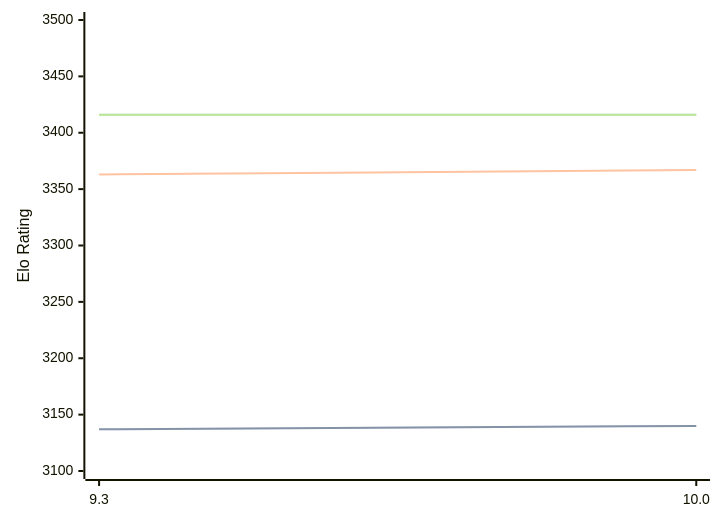
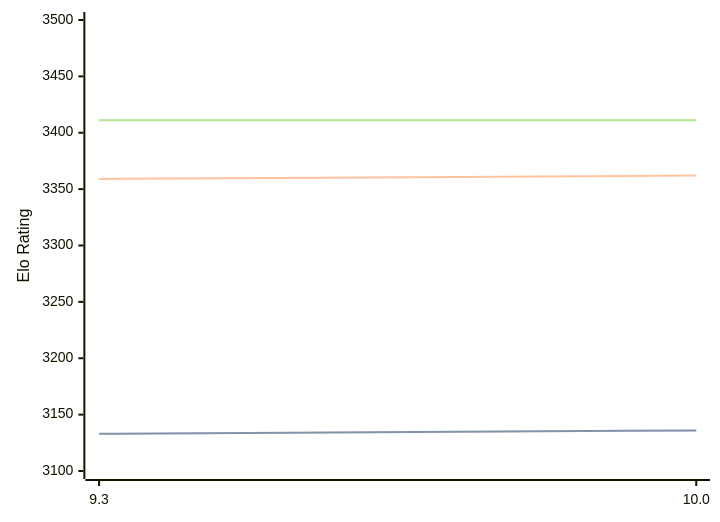
One commit to computer-chess-index/cci changed the first of 3 diagrams in engines/Fire.md. Above: the diagram before and after it, drawn with Mermaid. The commit also changed other lines of this file, not shown here.

Commit message:
Update CCI Ratings (ELO VLTC) - 2026-07-16

````diff
--- a/engines/Fire.md
+++ b/engines/Fire.md
@@ -47,11 +47,11 @@
 ```mermaid
 %%{init: {"theme":"base","themeVariables":{"seriesColors:['#a3a3a3','#222221','#faa371']}}}%%
 xychart-beta
   x-axis ["9.3", "10.0"]
   y-axis "Elo Rating" 3100 --> 3500
-  line "STC (8.0+0.08s)" [3137, 3140]
-  line "STC (8.0+0.08s)" [3137, 3140]
-  line "LTC (60.0+0.60s)" [3363, 3367]
-  line "VLTC (2m24s+1.12s)" [3416, 3416]
-  line "VLTC (2m24s+1.12s)" [3416, 3416]
+  line "STC (8.0+0.08s)" [3133, 3136]
+  line "STC (8.0+0.08s)" [3133, 3136]
+  line "LTC (60.0+0.60s)" [3359, 3362]
+  line "VLTC (2m24s+1.12s)" [3411, 3411]
+  line "VLTC (2m24s+1.12s)" [3411, 3411]
 ```
````
